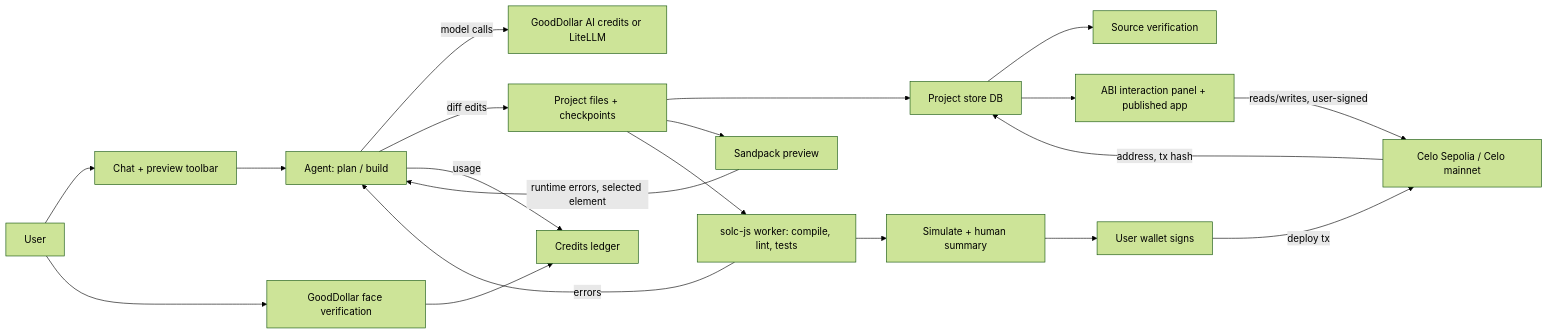
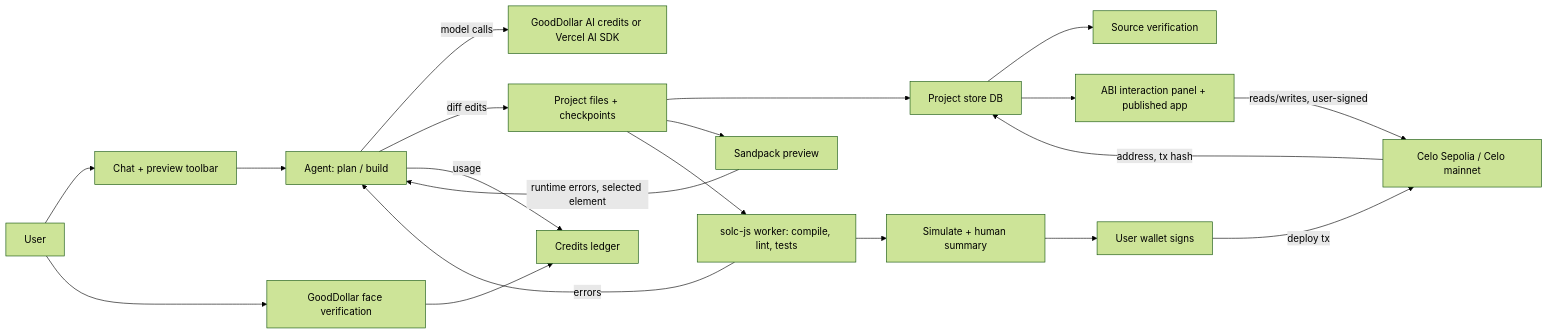
The diagram in docs/ARCHITECTURE.md (yinkscss/goodbuild), drawn with Mermaid (forest theme) before and after one commit. The commit also changed other lines of this file and 15 other files, not shown here.

Commit message:
D18: Vercel AI SDK replaces the LiteLLM proxy

````diff
--- a/docs/ARCHITECTURE.md
+++ b/docs/ARCHITECTURE.md
@@ -21,22 +21,22 @@
 ```mermaid
 flowchart LR
   U[User] --> C[Chat + preview toolbar]
   C --> A[Agent: plan / build]
-  A -->|model calls| M[GoodDollar AI credits or LiteLLM]
+  A -->|model calls| M[GoodDollar AI credits or Vercel AI SDK]
   A -->|diff edits| F[Project files + checkpoints]
   F --> S[Project store DB]
   F --> P[Sandpack preview]
   P -->|runtime errors, selected element| A
   F --> K[solc-js worker: compile, lint, tests]
   K -->|errors| A
   K --> SIM[Simulate + human summary]
   SIM --> W[User wallet signs]
   W -->|deploy tx| CH[Celo Sepolia / Celo mainnet]
   CH -->|address, tx hash| S
   S --> V[Source verification]
   S --> IP[ABI interaction panel + published app]
   IP -->|reads/writes, user-signed| CH
   U --> ID[GoodDollar face verification]
   ID --> L[Credits ledger]
   A -->|usage| L
 ```
````
